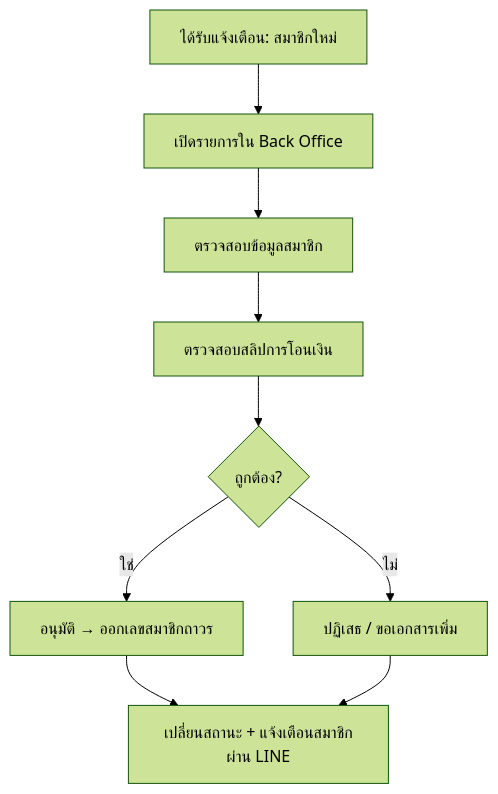
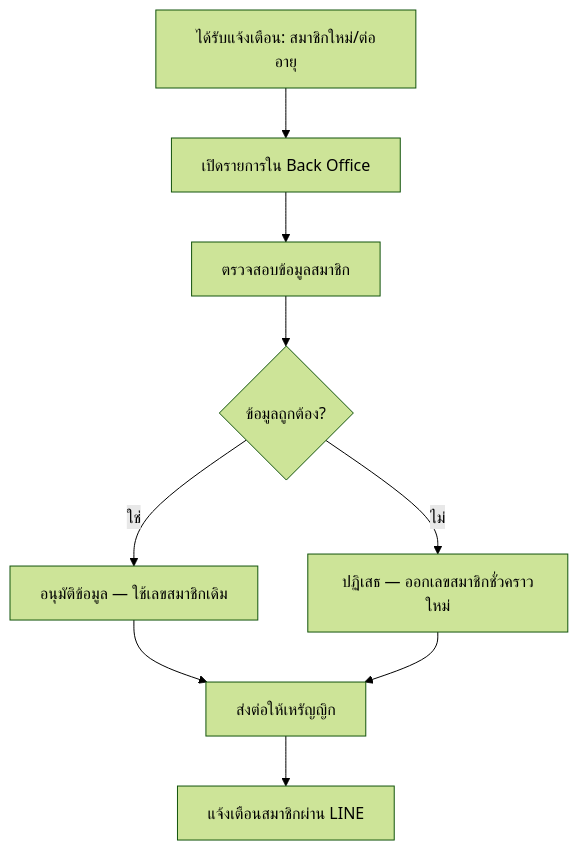
Before and after one commit to Cakenomsod/Fastwork_ABTA: the third of 4 diagrams in ABTA-System/04-Workflows.md, drawn with Mermaid (forest theme). The commit also changed other lines of this file and 5 other files, not shown here.

````diff
--- a/ABTA-System/04-Workflows.md
+++ b/ABTA-System/04-Workflows.md
@@ -81,11 +126,11 @@
 ```mermaid
 flowchart TD
-    A[ได้รับแจ้งเตือน: สมาชิกใหม่] --> B[เปิดรายการใน Back Office]
+    A[ได้รับแจ้งเตือน: สมาชิกใหม่/ต่ออายุ] --> B[เปิดรายการใน Back Office]
     B --> C[ตรวจสอบข้อมูลสมาชิก]
-    C --> D[ตรวจสอบสลิปการโอนเงิน]
-    D --> E{ถูกต้อง?}
-    E -->|ใช่| F[อนุมัติ → ออกเลขสมาชิกถาวร]
-    E -->|ไม่| G[ปฏิเสธ / ขอเอกสารเพิ่ม]
-    F --> H[เปลี่ยนสถานะ + แจ้งเตือนสมาชิกผ่าน LINE]
-    G --> H
+    C --> D{ข้อมูลถูกต้อง?}
+    D -->|ใช่| E[อนุมัติข้อมูล — ใช้เลขสมาชิกเดิม]
+    D -->|ไม่| F[ปฏิเสธ — ออกเลขสมาชิกชั่วคราวใหม่]
+    E --> G[ส่งต่อให้เหรัญญิก]
+    F --> G
+    G --> H[แจ้งเตือนสมาชิกผ่าน LINE]
 ```
````
